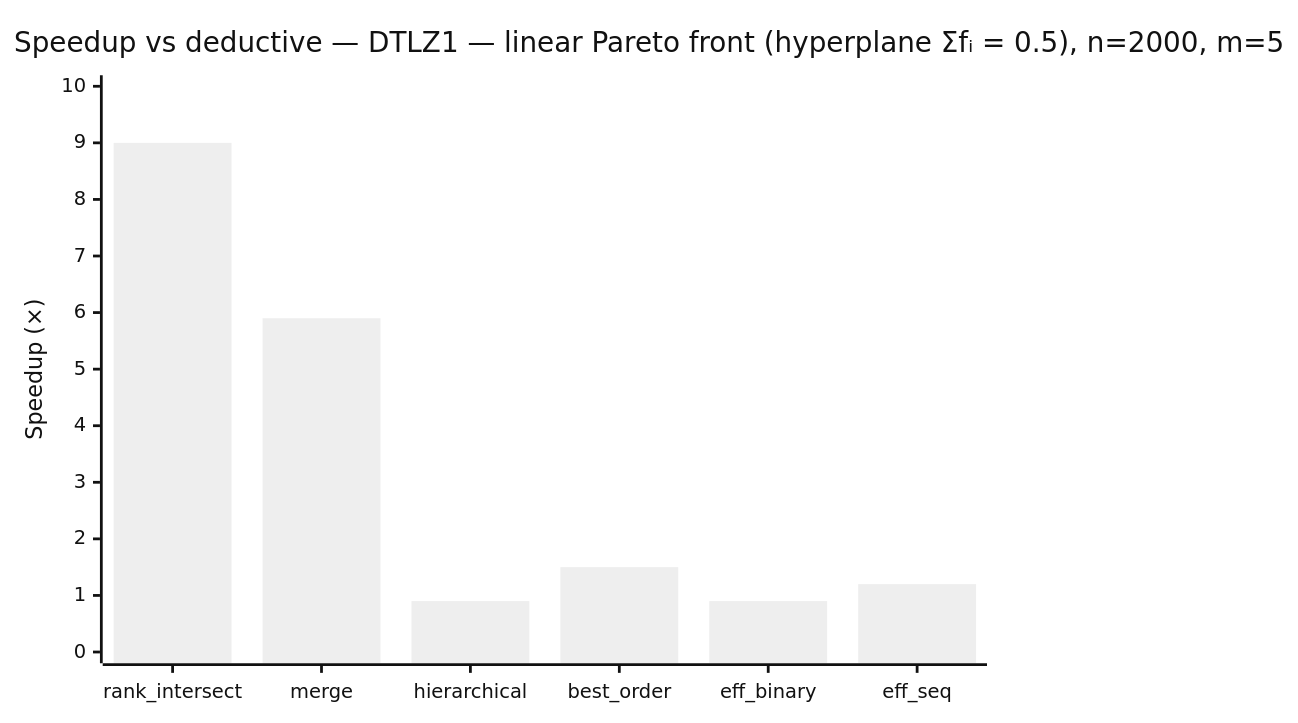
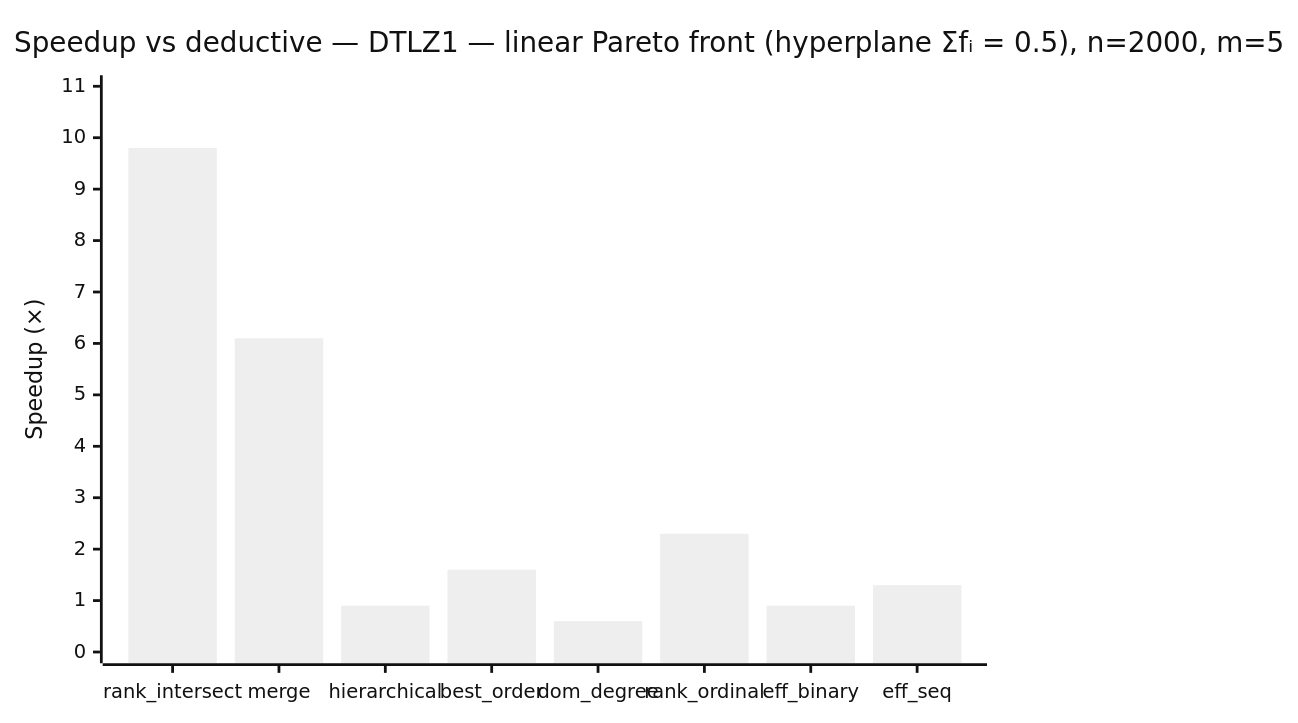
One commit to foolnotion/ndsort changed the fifth of 8 diagrams in BENCHMARKS.md. Above: the diagram before and after it, drawn with Mermaid (neutral theme). The commit also changed other lines of this file and 3 other files, not shown here.

First line of the commit message:
feat: add dominance_degree and rank_ordinal to benchmarks; update docs

````diff
--- a/BENCHMARKS.md
+++ b/BENCHMARKS.md
@@ -149,7 +151,7 @@
 ```mermaid
 xychart-beta
     title "Speedup vs deductive — DTLZ1 — linear Pareto front (hyperplane Σfᵢ = 0.5), n=2000, m=5"
-    x-axis ["rank_intersect", "merge", "hierarchical", "best_order", "eff_binary", "eff_seq"]
-    y-axis "Speedup (×)" 0 --> 10
-    bar [9.0, 5.9, 0.9, 1.5, 0.9, 1.2]
+    x-axis ["rank_intersect", "merge", "hierarchical", "best_order", "dom_degree", "rank_ordinal", "eff_binary", "eff_seq"]
+    y-axis "Speedup (×)" 0 --> 11
+    bar [9.8, 6.1, 0.9, 1.6, 0.6, 2.3, 0.9, 1.3]
 ```
````
